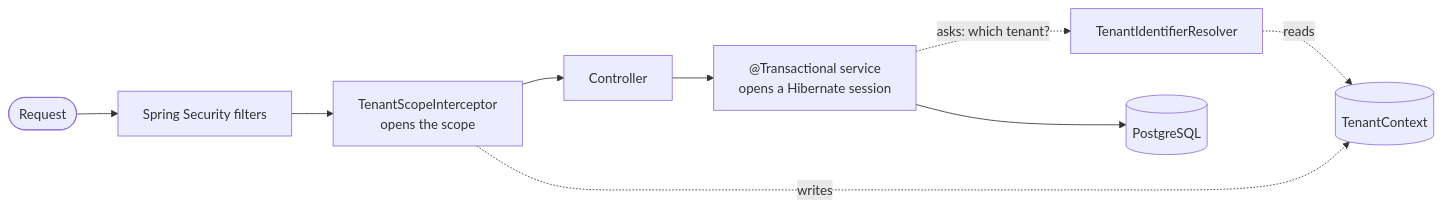
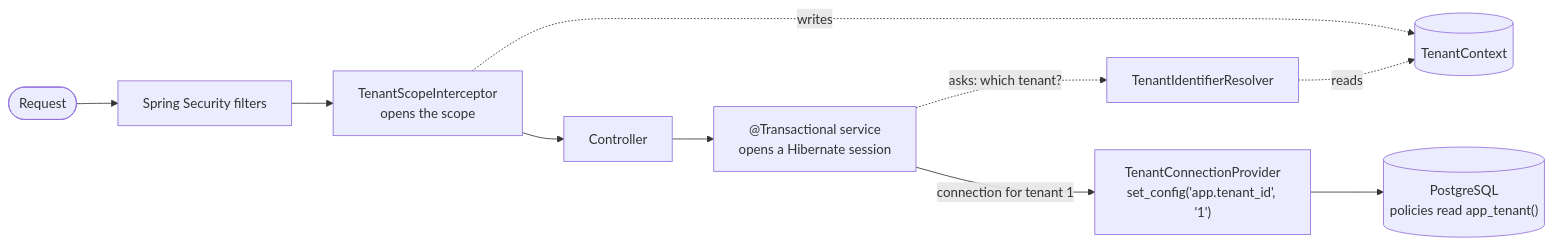
Before and after one commit to landoicco/itacatl: the first of 2 diagrams in docs/tenant-isolation.md, drawn with Mermaid. The commit also changed other lines of this file and 8 other files, not shown here.

````diff
--- a/docs/tenant-isolation.md
+++ b/docs/tenant-isolation.md
@@ -43,11 +43,12 @@
 ```mermaid
 flowchart LR
     req([Request]) --> sec[Spring Security filters]
     sec --> int["TenantScopeInterceptor<br/>opens the scope"]
     int --> ctrl[Controller]
     ctrl --> svc["@Transactional service<br/>opens a Hibernate session"]
     svc -. "asks: which tenant?" .-> res[TenantIdentifierResolver]
     res -. reads .-> ctx[(TenantContext)]
     int -. writes .-> ctx
-    svc --> db[(PostgreSQL)]
+    svc -- "connection for tenant 1" --> prov["TenantConnectionProvider<br/>set_config('app.tenant_id', '1')"]
+    prov --> db[("PostgreSQL<br/>policies read app_tenant()")]
 ```
````
